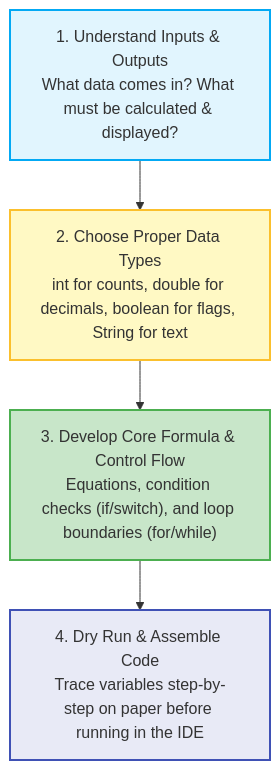
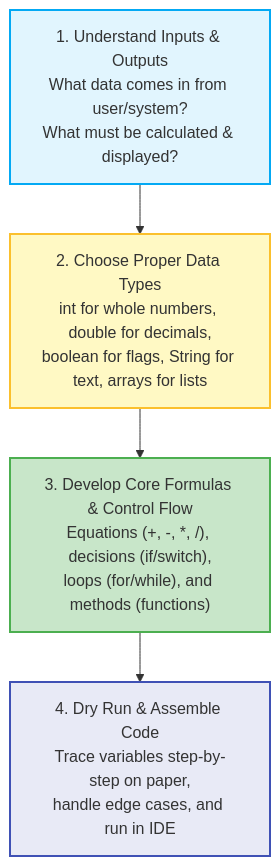
Before and after one commit to Mokshagnatej/Java-course: the first of 4 diagrams in Readme.Md, drawn with Mermaid. The commit also changed other lines of this file and 15 other files, not shown here.

````diff
--- a/Readme.Md
+++ b/Readme.Md
@@ -56,11 +43,11 @@
 ```mermaid
 flowchart TD
-    S1["1. Understand Inputs & Outputs\nWhat data comes in? What must be calculated & displayed?"] --> S2["2. Choose Proper Data Types\nint for counts, double for decimals, boolean for flags, String for text"]
-    S2 --> S3["3. Develop Core Formula & Control Flow\nEquations, condition checks (if/switch), and loop boundaries (for/while)"]
-    S3 --> S4["4. Dry Run & Assemble Code\nTrace variables step-by-step on paper before running in the IDE"]
+    S1["1. Understand Inputs & Outputs\nWhat data comes in from user/system?\nWhat must be calculated & displayed?"] --> S2["2. Choose Proper Data Types\nint for whole numbers, double for decimals,\nboolean for flags, String for text, arrays for lists"]
+    S2 --> S3["3. Develop Core Formulas & Control Flow\nEquations (+, -, *, /), decisions (if/switch),\nloops (for/while), and methods (functions)"]
+    S3 --> S4["4. Dry Run & Assemble Code\nTrace variables step-by-step on paper,\nhandle edge cases, and run in IDE"]
 
     style S1 fill:#E1F5FE,stroke:#03A9F4,stroke-width:2px
     style S2 fill:#FFF9C4,stroke:#FBC02D,stroke-width:2px
     style S3 fill:#C8E6C9,stroke:#4CAF50,stroke-width:2px
     style S4 fill:#E8EAF6,stroke:#3F51B5,stroke-width:2px
 ```
````
